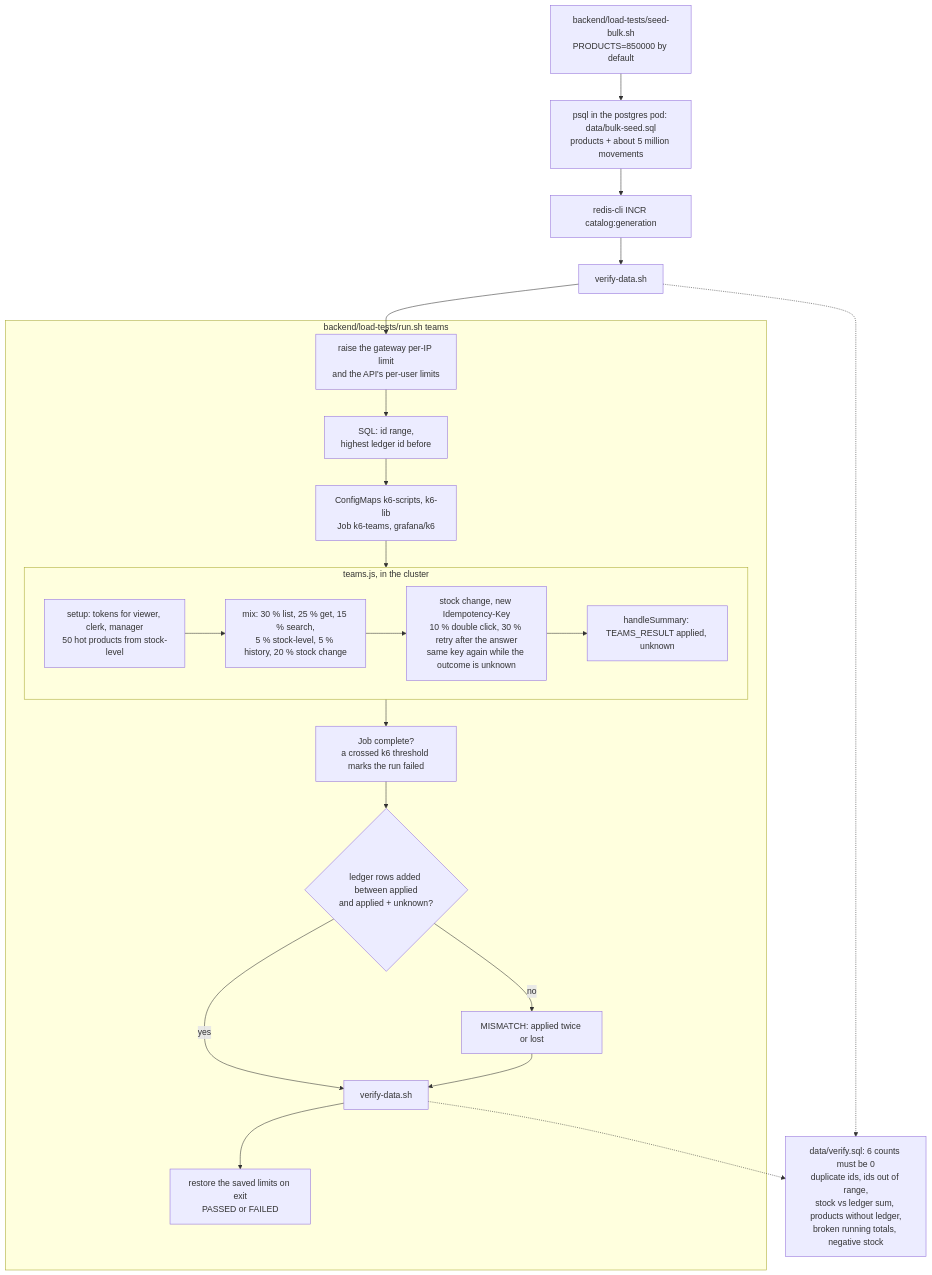
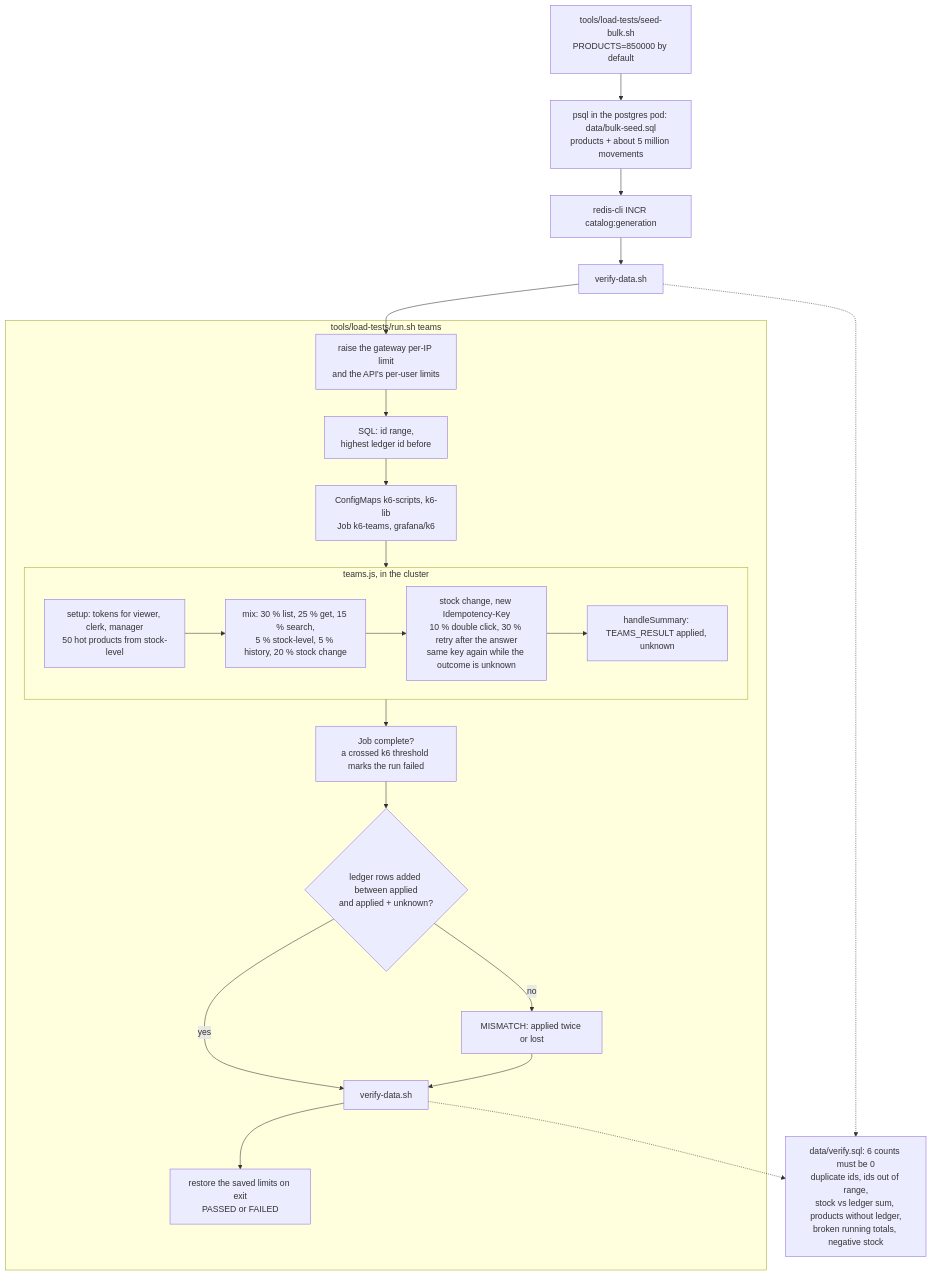
One commit to RubenCipriano/zeiss-product-management changed diagram 16 of 18 in docs/flows.md. Above: the diagram before and after it, drawn with Mermaid. The commit also changed other lines of this file and 28 other files, not shown here.

First line of the commit message:
docs: describe the deploy repository and the GitOps flow

````diff
--- a/docs/flows.md
+++ b/docs/flows.md
@@ -792,29 +794,29 @@
 ```mermaid
 flowchart TD
-    seed["backend/load-tests/seed-bulk.sh<br/>PRODUCTS=850000 by default"] --> s1["psql in the postgres pod: data/bulk-seed.sql<br/>products + about 5 million movements"]
+    seed["tools/load-tests/seed-bulk.sh<br/>PRODUCTS=850000 by default"] --> s1["psql in the postgres pod: data/bulk-seed.sql<br/>products + about 5 million movements"]
     s1 --> s2["redis-cli INCR catalog:generation"]
     s2 --> s3["verify-data.sh"]
     s3 --> r1
 
-    subgraph run["backend/load-tests/run.sh teams"]
+    subgraph run["tools/load-tests/run.sh teams"]
         r1["raise the gateway per-IP limit<br/>and the API's per-user limits"] --> r2["SQL: id range,<br/>highest ledger id before"]
         r2 --> r3["ConfigMaps k6-scripts, k6-lib<br/>Job k6-teams, grafana/k6"]
         r3 --> k6
         k6 --> r4["Job complete?<br/>a crossed k6 threshold marks the run failed"]
         r4 --> r5{"ledger rows added between applied<br/>and applied + unknown?"}
         r5 -->|"no"| mm["MISMATCH: applied twice or lost"]
         r5 -->|"yes"| r6["verify-data.sh"]
         mm --> r6
         r6 --> r7["restore the saved limits on exit<br/>PASSED or FAILED"]
     end
 
     subgraph k6["teams.js, in the cluster"]
         t1["setup: tokens for viewer, clerk, manager<br/>50 hot products from stock-level"] --> t2["mix: 30 % list, 25 % get, 15 % search,<br/>5 % stock-level, 5 % history, 20 % stock change"]
         t2 --> t3["stock change, new Idempotency-Key<br/>10 % double click, 30 % retry after the answer<br/>same key again while the outcome is unknown"]
         t3 --> t4["handleSummary: TEAMS_RESULT applied, unknown"]
     end
 
     s4["data/verify.sql: 6 counts must be 0<br/>duplicate ids, ids out of range,<br/>stock vs ledger sum, products without ledger,<br/>broken running totals, negative stock"]
     r6 -.-> s4
     s3 -.-> s4
 ```
````
